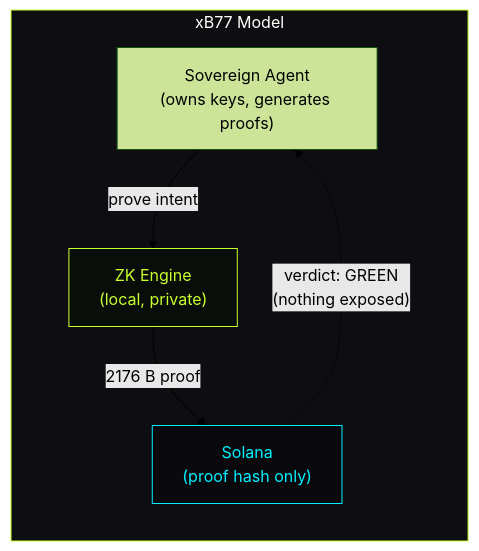
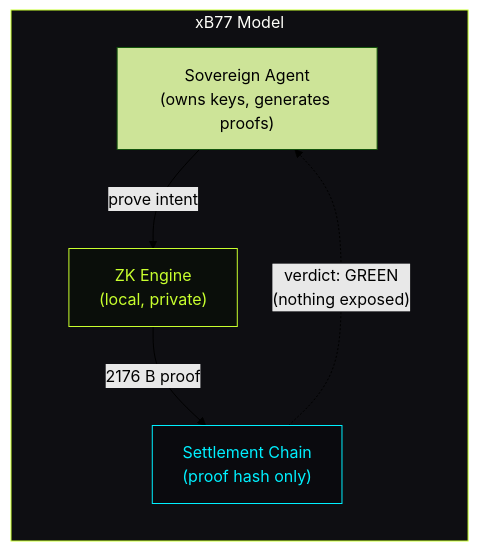
One commit to 8ctag0n/xB77 changed the second of 4 diagrams in docs/why.md. Above: the diagram before and after it, drawn with Mermaid (forest theme). The commit also changed 5 other files, not shown here.

First line of the commit message:
feat(docs): reframe multichain núcleo-agnóstico + página de roadmap

````diff
--- a/docs/why.md
+++ b/docs/why.md
@@ -33,16 +33,16 @@
 ```mermaid
 graph LR
     subgraph xb77["xB77 Model"]
         direction TB
         AG2["Sovereign Agent\n(owns keys, generates proofs)"]
         ZK["ZK Engine\n(local, private)"]
-        CHAIN2["Solana\n(proof hash only)"]
+        CHAIN2["Settlement Chain\n(proof hash only)"]
         AG2 -->|"prove intent"| ZK
         ZK -->|"2176 B proof"| CHAIN2
         CHAIN2 -.->|"verdict: GREEN\n(nothing exposed)"| AG2
     end
 
     style xb77 fill:#0e0e12,stroke:#c8ff2e,color:#fffffa
     style ZK fill:#0a0e0a,stroke:#c8ff2e,color:#c8ff2e
     style CHAIN2 fill:#0a0a0e,stroke:#00f0ff,color:#00f0ff
 ```
````
